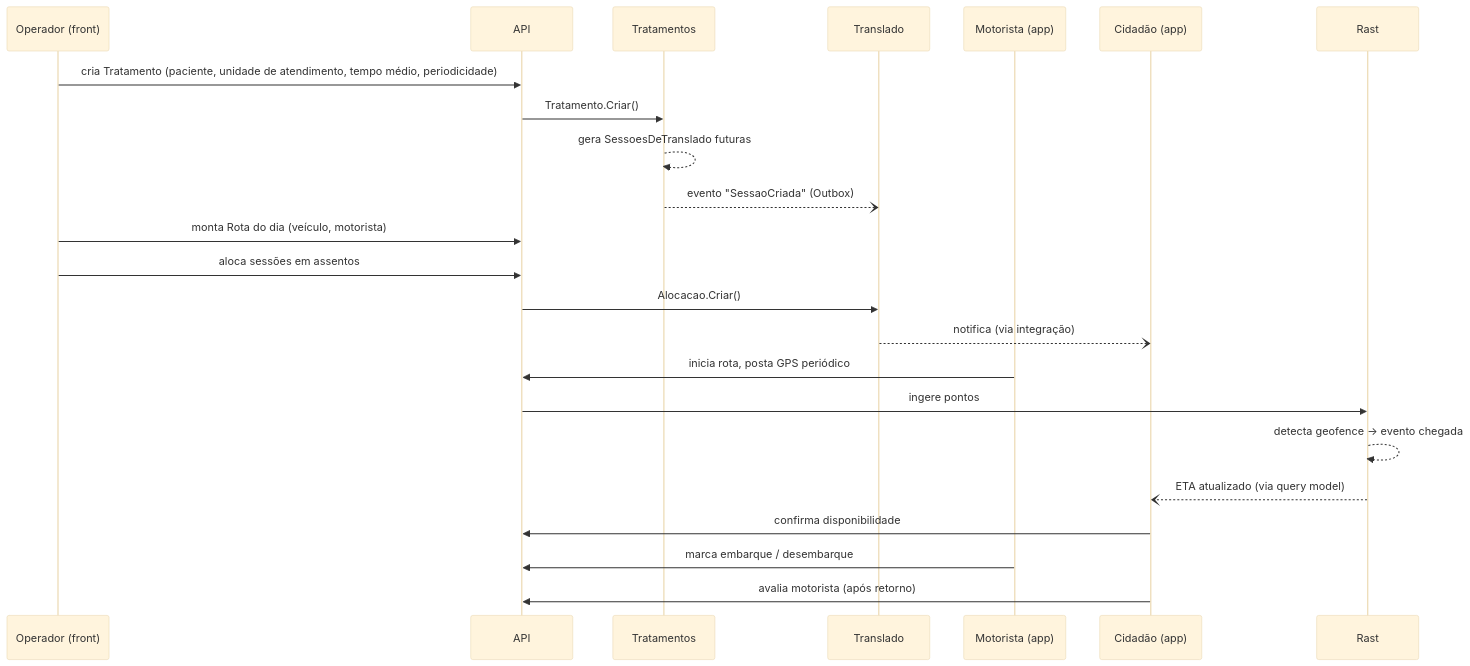
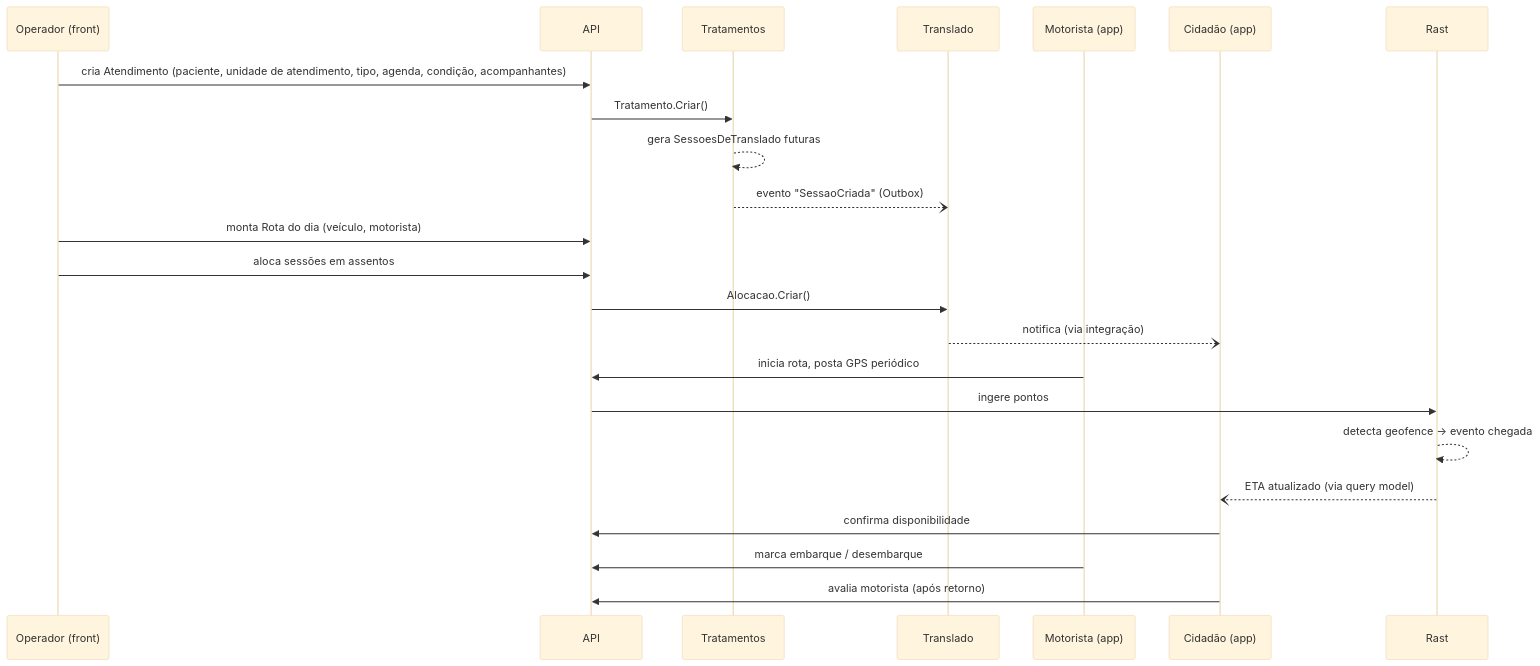
Before and after one commit to AutomaisIO/SMSMarica: the second of 2 diagrams in docs/domain.md, drawn with Mermaid (base theme). The commit also changed other lines of this file and 102 other files, not shown here.

First line of the commit message:
feat(transporte): Atendimentos com agenda por dias da semana, condição do paciente e acompanhantes

````diff
--- a/docs/domain.md
+++ b/docs/domain.md
@@ -107,28 +112,28 @@
 ```mermaid
 sequenceDiagram
   participant Op as Operador (front)
   participant API
   participant Trat as Tratamentos
   participant Trans as Translado
   participant Mot as Motorista (app)
   participant Cid as Cidadão (app)
 
-  Op->>API: cria Tratamento (paciente, unidade de atendimento, tempo médio, periodicidade)
+  Op->>API: cria Atendimento (paciente, unidade de atendimento, tipo, agenda, condição, acompanhantes)
   API->>Trat: Tratamento.Criar()
   Trat-->>Trat: gera SessoesDeTranslado futuras
   Trat--)Trans: evento "SessaoCriada" (Outbox)
 
   Op->>API: monta Rota do dia (veículo, motorista)
   Op->>API: aloca sessões em assentos
   API->>Trans: Alocacao.Criar()
   Trans--)Cid: notifica (via integração)
 
   Mot->>API: inicia rota, posta GPS periódico
   API->>Rast: ingere pontos
   Rast-->>Rast: detecta geofence → evento chegada
   Rast--)Cid: ETA atualizado (via query model)
 
   Cid->>API: confirma disponibilidade
   Mot->>API: marca embarque / desembarque
   Cid->>API: avalia motorista (após retorno)
 ```
````
